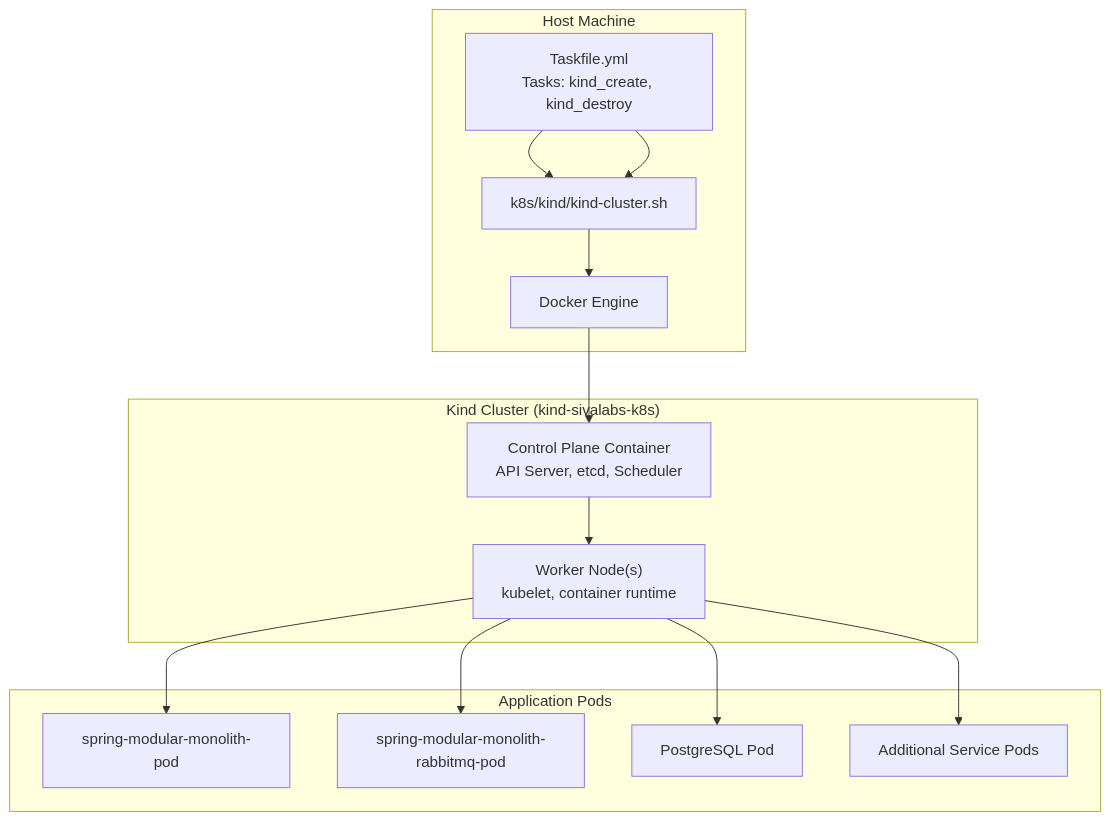
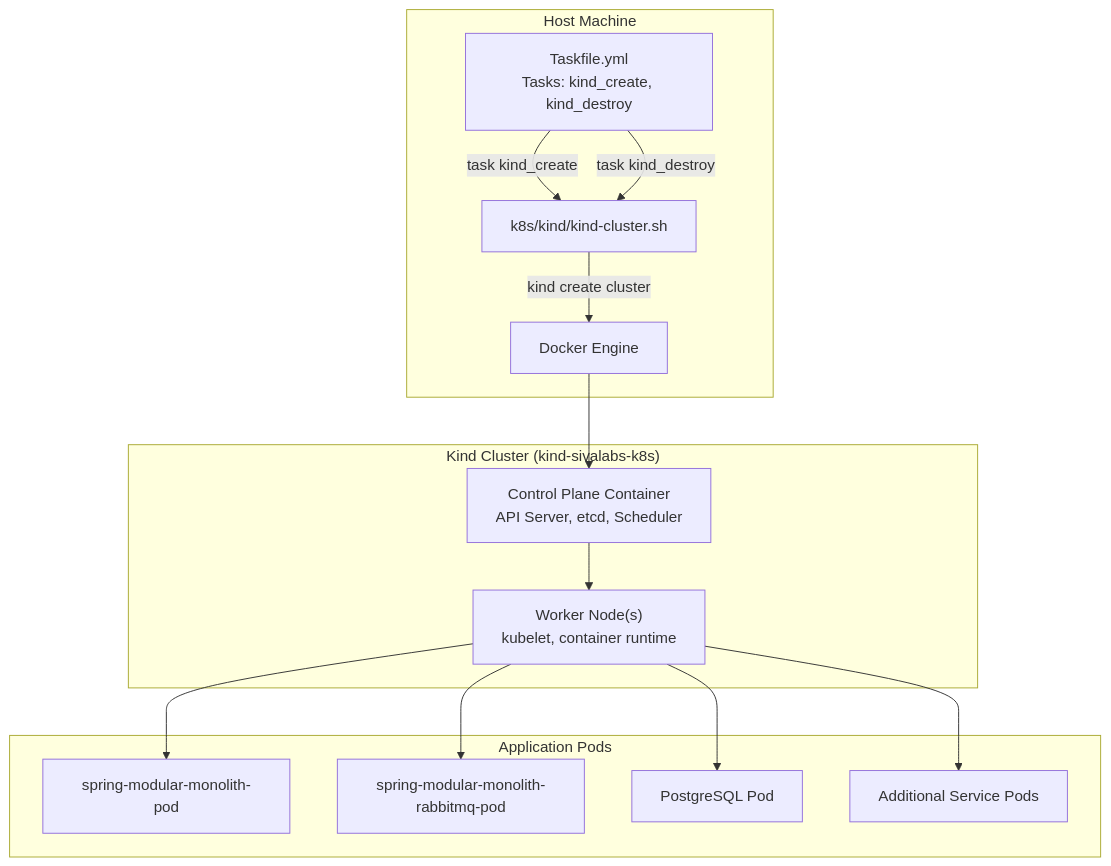
The first of 5 diagrams in docs/deepwiki/Kubernetes-Deployment-with-Kind.md (philipz/spring-modular-monolith), drawn with Mermaid before and after one commit. The commit also changed other lines of this file and 55 other files, not shown here.

````diff
--- a/docs/deepwiki/Kubernetes-Deployment-with-Kind.md
+++ b/docs/deepwiki/Kubernetes-Deployment-with-Kind.md
@@ -28,41 +28,41 @@
 ```mermaid
 flowchart TD
 
 Docker["Docker Engine"]
 KindScript["k8s/kind/kind-cluster.sh"]
 TaskFile["Taskfile.yml<br>Tasks: kind_create, kind_destroy"]
 ControlPlane["Control Plane Container<br>API Server, etcd, Scheduler"]
 WorkerNodes["Worker Node(s)<br>kubelet, container runtime"]
 MonolithPod["spring-modular-monolith-pod"]
 RabbitMQPod["spring-modular-monolith-rabbitmq-pod"]
 PostgresPod["PostgreSQL Pod"]
 OtherPods["Additional Service Pods"]
 
 Docker --> ControlPlane
 WorkerNodes --> MonolithPod
 WorkerNodes --> RabbitMQPod
 WorkerNodes --> PostgresPod
 WorkerNodes --> OtherPods
 
 subgraph subGraph2 ["Application Pods"]
     MonolithPod
     RabbitMQPod
     PostgresPod
     OtherPods
 end
 
 subgraph subGraph1 ["Kind Cluster (kind-sivalabs-k8s)"]
     ControlPlane
     WorkerNodes
     ControlPlane --> WorkerNodes
 end
 
 subgraph subGraph0 ["Host Machine"]
     Docker
     KindScript
     TaskFile
-    TaskFile --> KindScript
-    TaskFile --> KindScript
-    KindScript --> Docker
+    TaskFile -->|"task kind_create"| KindScript
+    TaskFile -->|"task kind_destroy"| KindScript
+    KindScript -->|"kind create cluster"| Docker
 end
 ```
````
